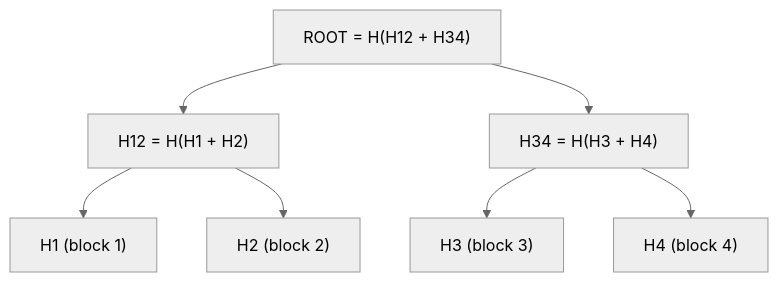
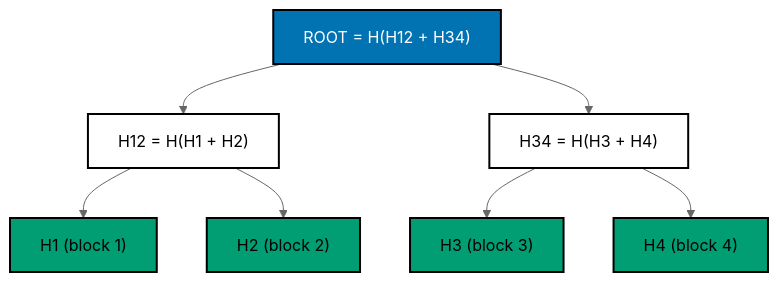
Before and after one commit to wahidyankf/grind-in-public: the third of 3 diagrams in drill/system-design-algos/in-python/algo_15_merkle_tree.md, drawn with Mermaid (neutral theme). The commit also changed other lines of this file and 22 other files, not shown here.

First line of the commit message:
docs: use accessible palette in mermaid diagrams

````diff
--- a/drill/system-design-algos/in-python/algo_15_merkle_tree.md
+++ b/drill/system-design-algos/in-python/algo_15_merkle_tree.md
@@ -70,13 +84,19 @@
 ```mermaid
 flowchart TD
   accTitle: Merkle tree of four blocks
   accDescr {
     Shows four block hashes paired into two parent hashes, and then one root hash.
   }
   R["ROOT = H(H12 + H34)"] --> P1["H12 = H(H1 + H2)"]
   R --> P2["H34 = H(H3 + H4)"]
   P1 --> L1["H1 (block 1)"]
   P1 --> L2["H2 (block 2)"]
   P2 --> L3["H3 (block 3)"]
   P2 --> L4["H4 (block 4)"]
+  classDef default fill:#FFFFFF,stroke:#000000,color:#000000,stroke-width:2px
+  classDef blue fill:#0173B2,stroke:#000000,color:#FFFFFF,stroke-width:2px
+  classDef orange fill:#DE8F05,stroke:#000000,color:#000000,stroke-width:2px
+  classDef teal fill:#029E73,stroke:#000000,color:#000000,stroke-width:2px
+  class R blue
+  class L1,L2,L3,L4 teal
 ```
````
